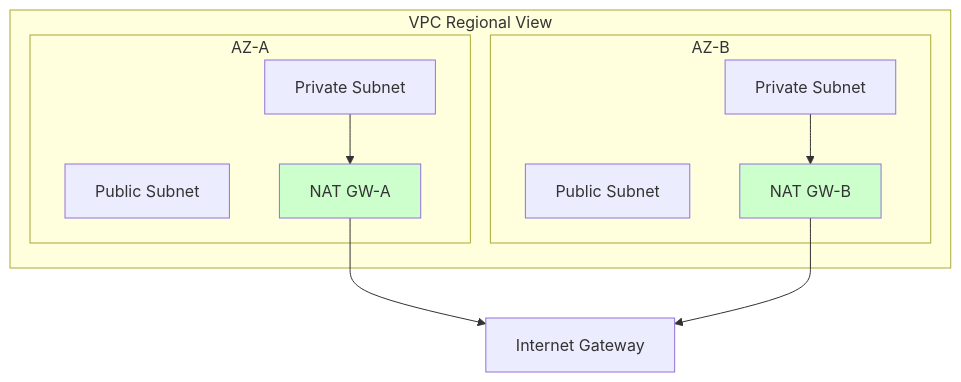
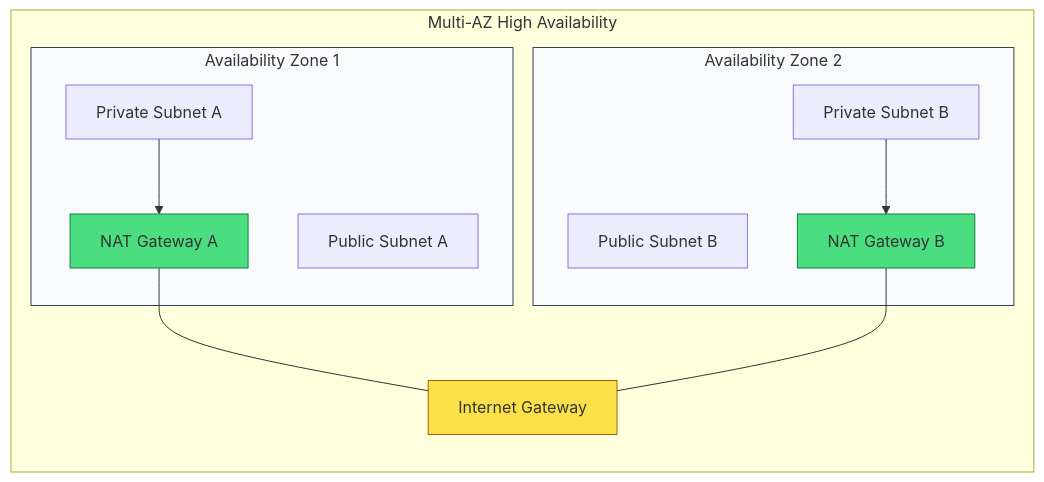
One commit to Ganil151/Devops changed the diagram in 2-Intermediate/01-Phase-1/01-Networking/03-Internet-and-NAT-Gateways/04-High-Availability-and-Optimization/README.md. Above: the diagram before and after it, drawn with Mermaid. The commit also changed other lines of this file and 51 other files, not shown here.

````diff
--- a/2-Intermediate/01-Phase-1/01-Networking/03-Internet-and-NAT-Gateways/04-High-Availability-and-Optimization/README.md
+++ b/2-Intermediate/01-Phase-1/01-Networking/03-Internet-and-NAT-Gateways/04-High-Availability-and-Optimization/README.md
@@ -13,23 +5,31 @@
 ```mermaid
 graph TD
-    subgraph "VPC Regional View"
-        subgraph AZ_A ["AZ-A"]
-            PubA[Public Subnet]
-            PrivA[Private Subnet]
-            NAT_A[NAT GW-A]
-            PrivA --> NAT_A
+    subgraph VPC_Regional[Multi-AZ High Availability]
+        direction TB
+        
+        subgraph AZ_1[Availability Zone 1]
+            Pub1[Public Subnet A]
+            Priv1[Private Subnet A]
+            NAT1[NAT Gateway A]
+            
+            Priv1 --> NAT1
         end
-        subgraph AZ_B ["AZ-B"]
-            PubB[Public Subnet]
-            PrivB[Private Subnet]
-            NAT_B[NAT GW-B]
-            PrivB --> NAT_B
+        
+        subgraph AZ_2[Availability Zone 2]
+            Pub2[Public Subnet B]
+            Priv2[Private Subnet B]
+            NAT2[NAT Gateway B]
+            
+            Priv2 --> NAT2
         end
+        
+        IGW[Internet Gateway]
+        NAT1 & NAT2 --- IGW
     end
 
-NAT_A --> IGW[Internet Gateway]
-    NAT_B --> IGW
-
-style NAT_A fill:#ccffcc
-    style NAT_B fill:#ccffcc
+    style AZ_1 fill:#f8fafc,stroke:#334155
+    style AZ_2 fill:#f8fafc,stroke:#334155
+    style NAT1 fill:#4ade80,stroke:#15803d
+    style NAT2 fill:#4ade80,stroke:#15803d
+    style IGW fill:#fde047,stroke:#a16207
 ```
````
